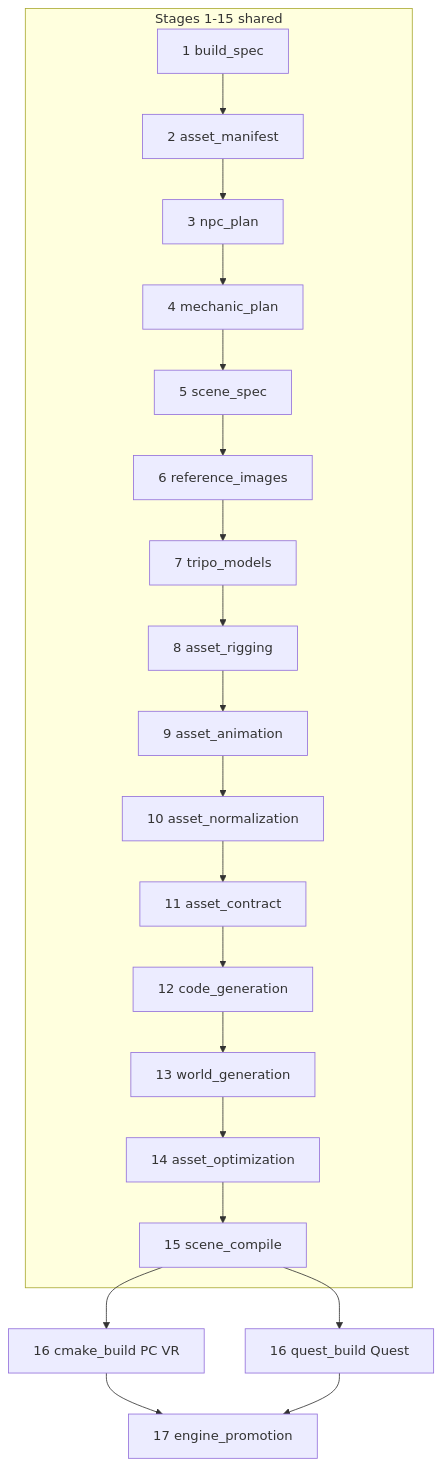
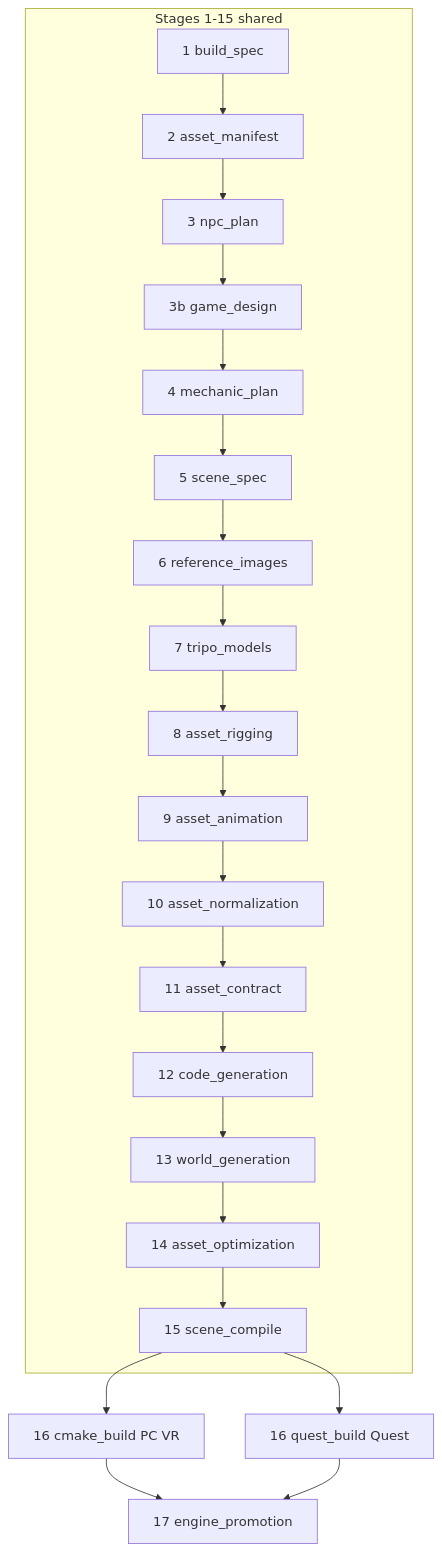
Before and after one commit to FriimanTech/Prompt-To-VR: the diagram in docs/All_Stages_Docs/README.md, drawn with Mermaid. The commit also changed other lines of this file and 94 other files, not shown here.

Commit message:
Full NPC Spawing,variety and behavior update to make sure NPCs actually spawn in the VR Game Update 3 (New NPC Plan: Grounding)

````diff
--- a/docs/All_Stages_Docs/README.md
+++ b/docs/All_Stages_Docs/README.md
@@ -9,16 +9,16 @@
 ```mermaid
 flowchart TD
   subgraph shared [Stages 1-15 shared]
     S1[1 build_spec] --> S2[2 asset_manifest] --> S3[3 npc_plan]
-    S3 --> S4[4 mechanic_plan] --> S5[5 scene_spec]
+    S3 --> S3b[3b game_design] --> S4[4 mechanic_plan] --> S5[5 scene_spec]
     S5 --> S6[6 reference_images] --> S7[7 tripo_models]
     S7 --> S8[8 asset_rigging] --> S9[9 asset_animation]
     S9 --> S10[10 asset_normalization] --> S11[11 asset_contract]
     S11 --> S12[12 code_generation] --> S13[13 world_generation]
     S13 --> S14[14 asset_optimization] --> S15[15 scene_compile]
   end
   S15 --> S16pc[16 cmake_build PC VR]
   S15 --> S16q[16 quest_build Quest]
   S16pc --> S17[17 engine_promotion]
   S16q --> S17
 ```
````
